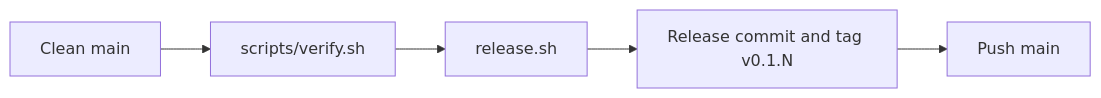
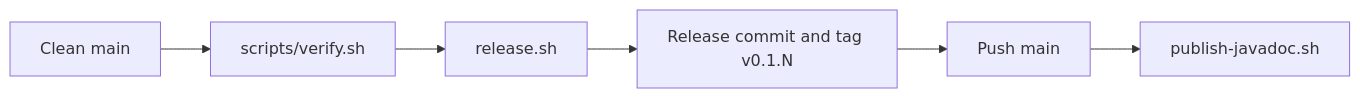
Before and after one commit to evanbergstrom/soliscode-test: the diagram in docs/developer-guide/maintainers/release-process.md, drawn with Mermaid. The commit also changed other lines of this file and 19 other files, not shown here.

First line of the commit message:
T-0077: Publish the Javadoc to GitLab Pages (squash of T-0077-javadoc-pages)

````diff
--- a/docs/developer-guide/maintainers/release-process.md
+++ b/docs/developer-guide/maintainers/release-process.md
@@ -17,7 +17,8 @@
 ```mermaid
 flowchart LR
     A[Clean main] --> B[scripts/verify.sh]
     B --> C[release.sh]
     C --> D[Release commit and tag v0.1.N]
     D --> E[Push main]
+    E --> F[publish-javadoc.sh]
 ```
````
